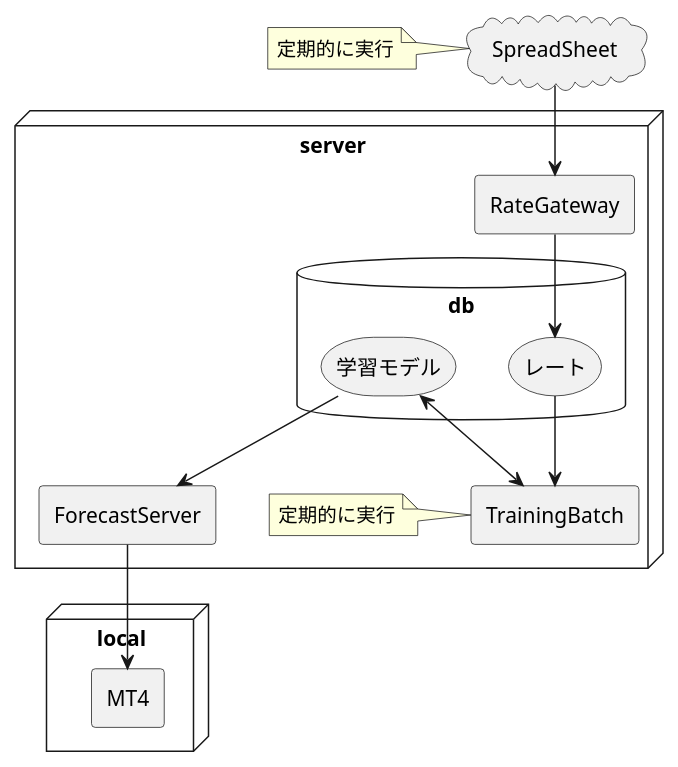
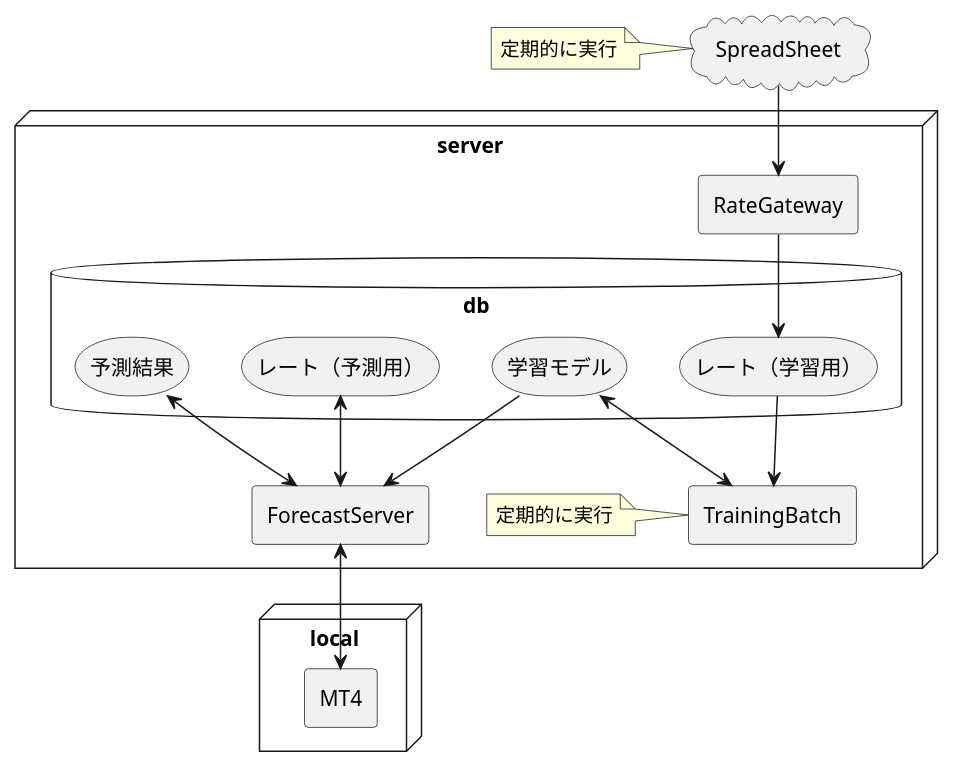
Before and after one commit to canpok1/bin-option-rust: the diagram in docs/overview.plantuml, drawn with PlantUML.

Commit message:
構成図に予測用のテーブルを追記

```diff
--- a/docs/overview.plantuml
+++ b/docs/overview.plantuml
@@ -1,43 +1,51 @@
 @startuml bin-option-rust
 
 cloud gas [
     SpreadSheet
 ]
 note left of gas
 定期的に実行
 end note
 
 node server {
     database db {
         storage models [
             学習モデル
         ]
         storage rates [
-            レート
+            レート（学習用）
+        ]
+        storage histories [
+            レート（予測用）
+        ]
+        storage forecast [
+            予測結果
         ]
     }
 
     agent ForecastServer
 
     agent RateGateway
 
     agent TrainingBatch
     note left of TrainingBatch
     定期的に実行
     end note
 }
 
 node local {
     agent MT4
 }
 
 models --> ForecastServer
-ForecastServer --> MT4
+histories <--> ForecastServer
+forecast <--> ForecastServer
+ForecastServer <--> MT4
 
 models <--> TrainingBatch
 rates -->TrainingBatch
 
 gas --> RateGateway
 RateGateway --> rates
 
 @enduml
```
